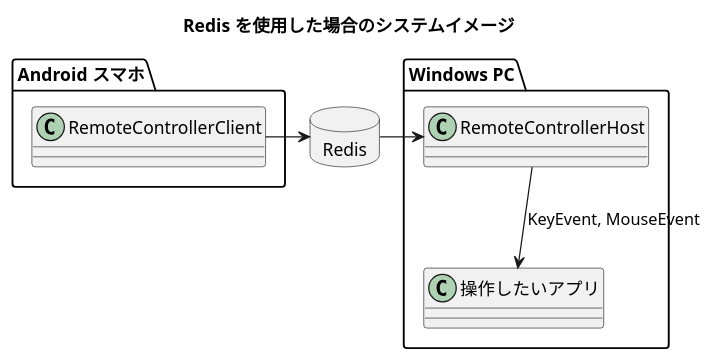
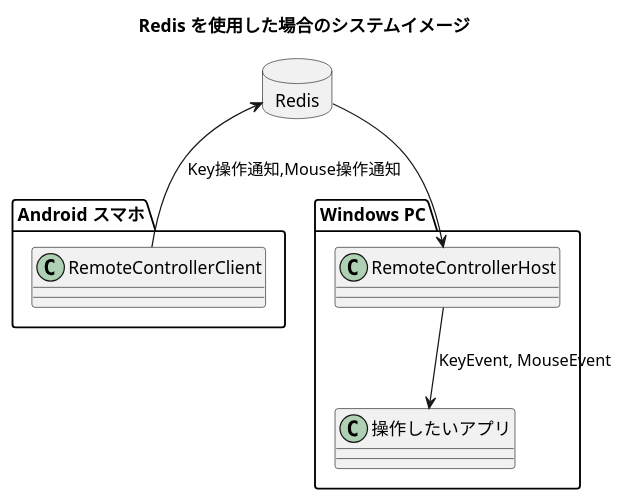
One commit to entan05/RemoteController changed the diagram in doc/plantuml/Redisを使用した場合のシステムイメージ.wsd. Above: the diagram before and after it, drawn with PlantUML. The commit also changed 1 other file, not shown here.

```diff
--- a/doc/plantuml/Redisを使用した場合のシステムイメージ.wsd
+++ b/doc/plantuml/Redisを使用した場合のシステムイメージ.wsd
@@ -1,23 +1,23 @@
 @startuml
 title Redis を使用した場合のシステムイメージ
 
 package "Android スマホ" {
     class "RemoteControllerClient" as rcc
 }
 
 database Redis {
 
 }
 
 package "Windows PC" {
     class "RemoteControllerHost" as rch
     class "操作したいアプリ"
 
     rch -down-> "操作したいアプリ" : KeyEvent, MouseEvent
 }
 
-rcc -right-> Redis
+rcc -up-> Redis : Key操作通知,Mouse操作通知
 
-Redis -right-> rch
+Redis -down-> rch
 
 @enduml
```
